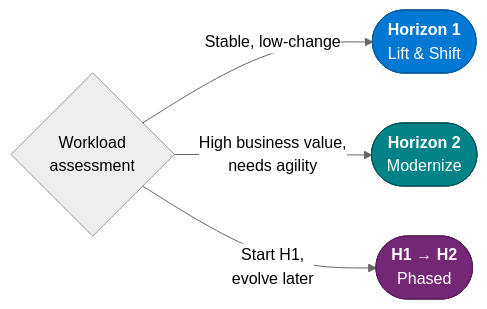
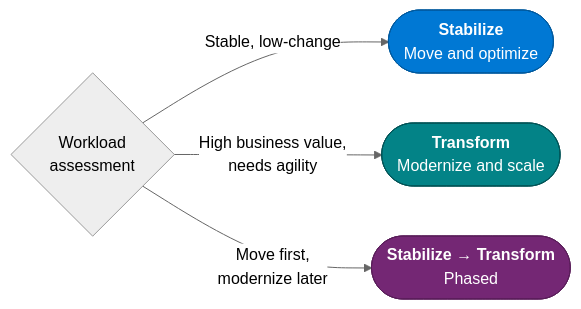
Before and after one commit to jonathan-vella/dc2fabric: the second of 2 diagrams in site/src/content/docs/horizons/index.md, drawn with Mermaid. The commit also changed other lines of this file and 17 other files, not shown here.

````diff
--- a/site/src/content/docs/horizons/index.md
+++ b/site/src/content/docs/horizons/index.md
@@ -87,11 +88,11 @@
 ```mermaid
 %%{init: {'theme':'neutral'}}%%
 graph LR
-  classDef h1     fill:#0078d4,stroke:#005a9e,color:#fff
-  classDef h2     fill:#038387,stroke:#025356,color:#fff
-  classDef phased fill:#742774,stroke:#5a1e5a,color:#fff
+  classDef stabilize fill:#0078d4,stroke:#005a9e,color:#fff
+  classDef transform fill:#038387,stroke:#025356,color:#fff
+  classDef phased    fill:#742774,stroke:#5a1e5a,color:#fff
   A{"Workload<br/>assessment"}
-  A -->|"Stable, low-change"| H1(["<b>Horizon 1</b><br/>Lift & Shift"]):::h1
-  A -->|"High business value,<br/>needs agility"| H2(["<b>Horizon 2</b><br/>Modernize"]):::h2
-  A -->|"Start H1,<br/>evolve later"| BOTH(["<b>H1 → H2</b><br/>Phased"]):::phased
+  A -->|"Stable, low-change"| S(["<b>Stabilize</b><br/>Move and optimize"]):::stabilize
+  A -->|"High business value,<br/>needs agility"| T(["<b>Transform</b><br/>Modernize and scale"]):::transform
+  A -->|"Move first,<br/>modernize later"| BOTH(["<b>Stabilize → Transform</b><br/>Phased"]):::phased
 ```
````
